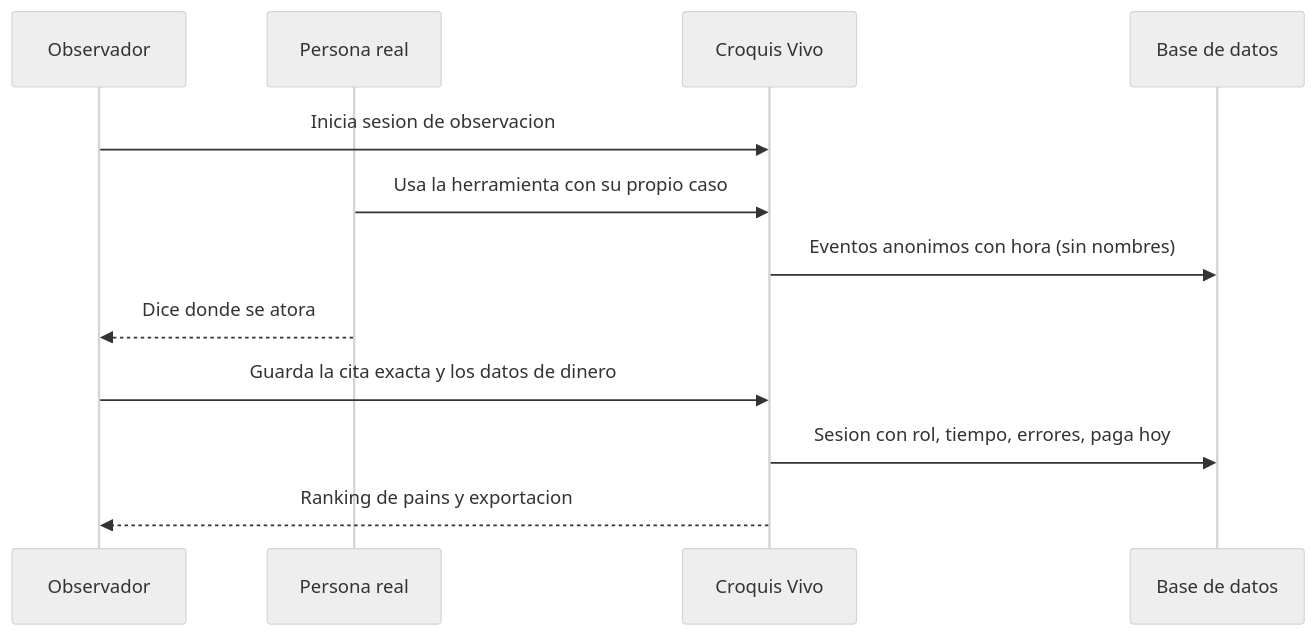
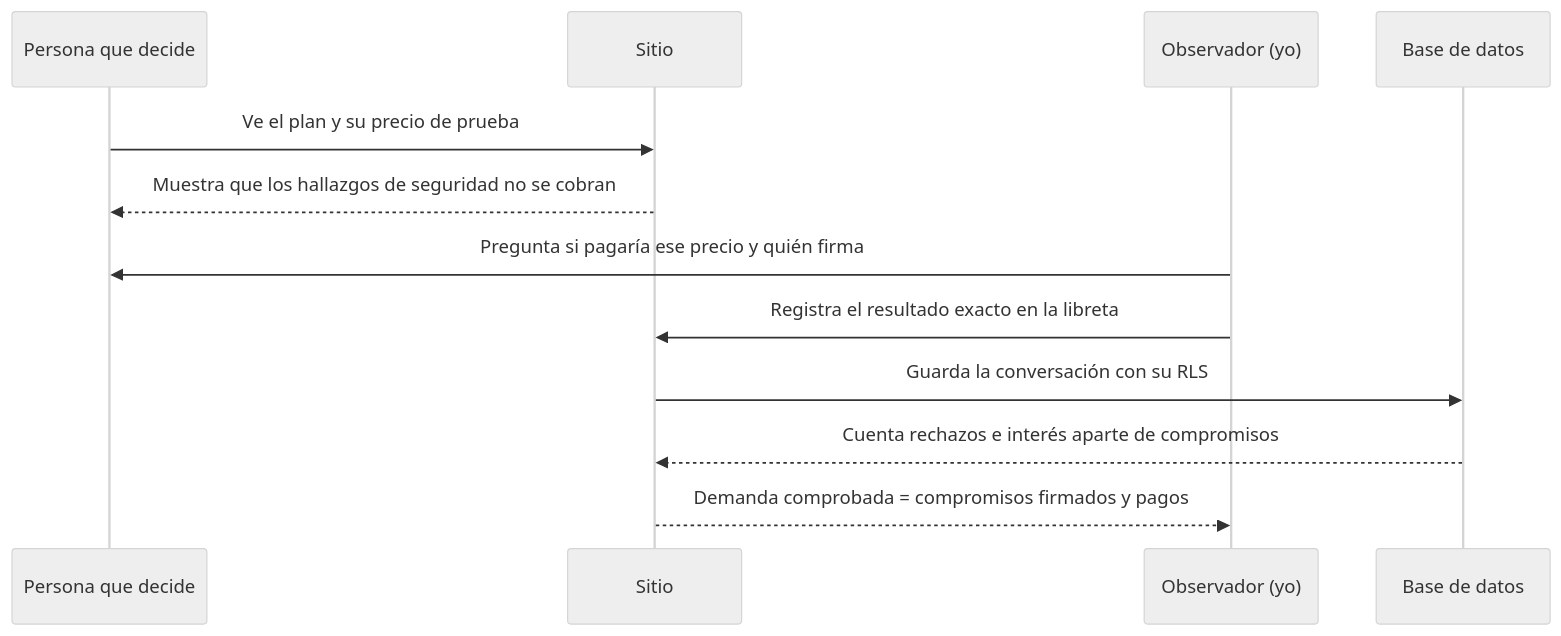
One commit to nicofloresbuilder-code/croquisvivo changed the second of 2 diagrams in docs/PACKET.md. Above: the diagram before and after it, drawn with Mermaid (neutral theme). The commit also changed other lines of this file and 3 other files, not shown here.

````diff
--- a/docs/PACKET.md
+++ b/docs/PACKET.md
@@ -47,14 +43,14 @@
 ```mermaid
 sequenceDiagram
-    participant O as Observador
-    participant U as Persona real
-    participant P as Croquis Vivo
-    participant B as Base de datos
-    O->>P: Inicia sesion de observacion
-    U->>P: Usa la herramienta con su propio caso
-    P->>B: Eventos anonimos con hora (sin nombres)
-    U-->>O: Dice donde se atora
-    O->>P: Guarda la cita exacta y los datos de dinero
-    P->>B: Sesion con rol, tiempo, errores, paga hoy
-    P-->>O: Ranking de pains y exportacion
+  participant P as Persona que decide
+  participant S as Sitio
+  participant O as Observador (yo)
+  participant D as Base de datos
+  P->>S: Ve el plan y su precio de prueba
+  S-->>P: Muestra que los hallazgos de seguridad no se cobran
+  O->>P: Pregunta si pagaría ese precio y quién firma
+  O->>S: Registra el resultado exacto en la libreta
+  S->>D: Guarda la conversación con su RLS
+  D-->>S: Cuenta rechazos e interés aparte de compromisos
+  S-->>O: Demanda comprobada = compromisos firmados y pagos
 ```
````
